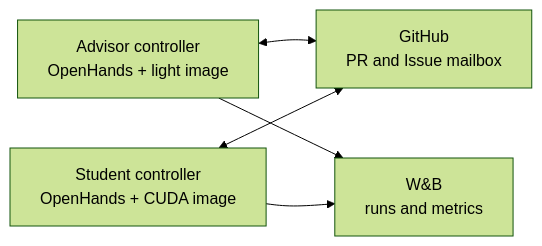
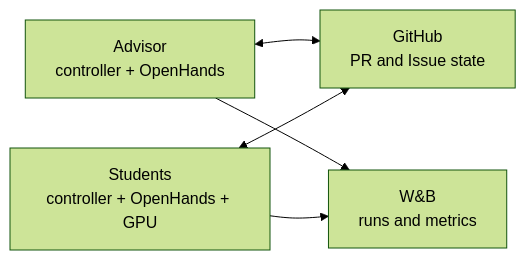
Before and after one commit to igneous-prose/senpai: the second of 2 diagrams in README.md, drawn with Mermaid (forest theme). The commit also changed other lines of this file and 1 other file, not shown here.

Commit message:
docs: rewrite README for OpenHands runtime

````diff
--- a/README.md
+++ b/README.md
@@ -17,12 +253,12 @@
 ```mermaid
 flowchart LR
-    GH["GitHub<br/>PR and Issue mailbox"]
+    GH["GitHub<br/>PR and Issue state"]
     WB["W&B<br/>runs and metrics"]
-    A["Advisor controller<br/>OpenHands + light image"]
-    S["Student controller<br/>OpenHands + CUDA image"]
+    A["Advisor<br/>controller + OpenHands"]
+    S["Students<br/>controller + OpenHands + GPU"]
 
     A <--> GH
     S <--> GH
     A --> WB
     S --> WB
 ```
````
